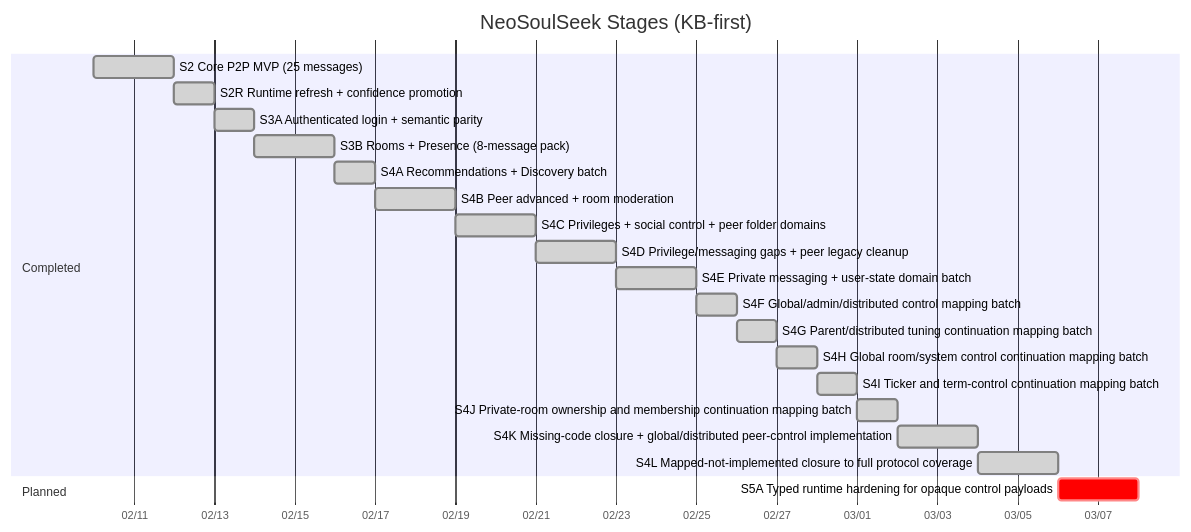
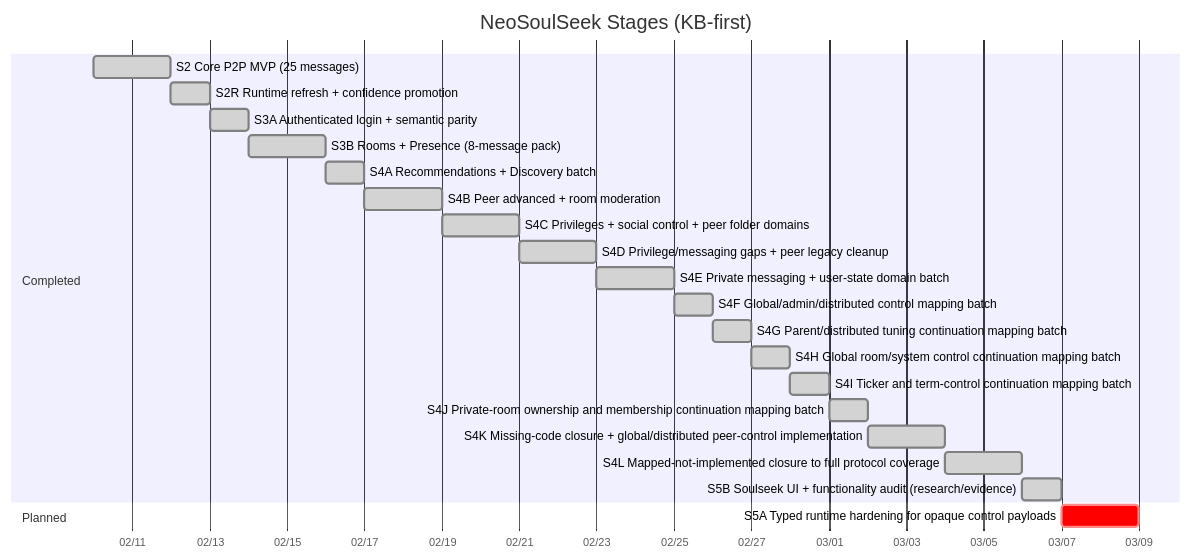
The first of 5 diagrams in docs/state/roadmap.md (fedejinich/nss), drawn with Mermaid before and after one commit. The commit also changed other lines of this file and 39 other files, not shown here.

Commit message:
docs: add stage 5b soulseek ui functionality audit (#16)

````diff
--- a/docs/state/roadmap.md
+++ b/docs/state/roadmap.md
@@ -9,25 +9,26 @@
 ```mermaid
 gantt
     title NeoSoulSeek Stages (KB-first)
     dateFormat  YYYY-MM-DD
     axisFormat  %m/%d
     section Completed
     S2 Core P2P MVP (25 messages) :done, s2, 2026-02-10, 2d
     S2R Runtime refresh + confidence promotion :done, s2r, after s2, 1d
     S3A Authenticated login + semantic parity :done, s3a, after s2r, 1d
     S3B Rooms + Presence (8-message pack) :done, s3b, 2026-02-14, 2d
     S4A Recommendations + Discovery batch :done, s4a, after s3b, 1d
     S4B Peer advanced + room moderation :done, s4b, after s4a, 2d
     S4C Privileges + social control + peer folder domains :done, s4c, after s4b, 2d
     S4D Privilege/messaging gaps + peer legacy cleanup :done, s4d, after s4c, 2d
     S4E Private messaging + user-state domain batch :done, s4e, after s4d, 2d
     S4F Global/admin/distributed control mapping batch :done, s4f, after s4e, 1d
     S4G Parent/distributed tuning continuation mapping batch :done, s4g, after s4f, 1d
     S4H Global room/system control continuation mapping batch :done, s4h, after s4g, 1d
     S4I Ticker and term-control continuation mapping batch :done, s4i, after s4h, 1d
     S4J Private-room ownership and membership continuation mapping batch :done, s4j, after s4i, 1d
     S4K Missing-code closure + global/distributed peer-control implementation :done, s4k, after s4j, 2d
     S4L Mapped-not-implemented closure to full protocol coverage :done, s4l, after s4k, 2d
+    S5B Soulseek UI + functionality audit (research/evidence) :done, s5b, after s4l, 1d
     section Planned
-    S5A Typed runtime hardening for opaque control payloads :crit, s5a, after s4l, 2d
+    S5A Typed runtime hardening for opaque control payloads :crit, s5a, after s5b, 2d
 ```
````
